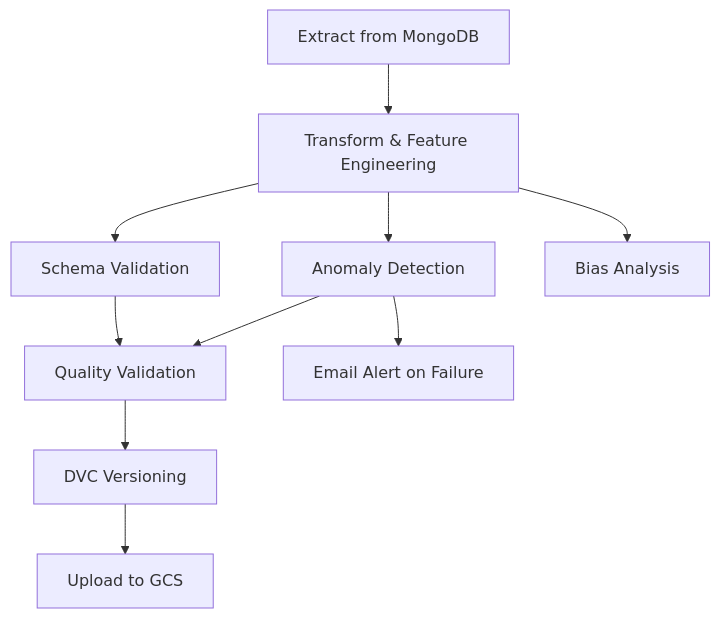
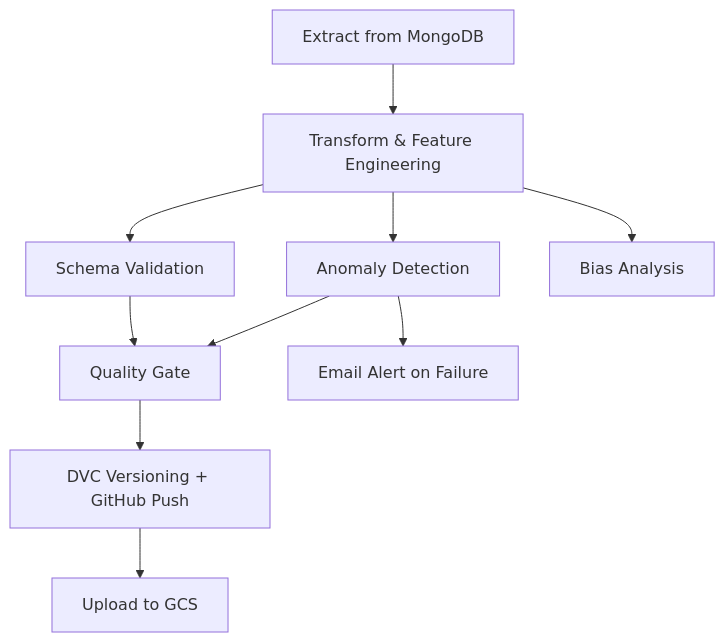
One commit to SanjanaB123/AI-based-Supply-Chain-Management changed the first of 2 diagrams in README.md. Above: the diagram before and after it, drawn with Mermaid. The commit also changed other lines of this file, not shown here.

````diff
--- a/README.md
+++ b/README.md
@@ -101,12 +144,12 @@
 ```mermaid
 graph TD
     A[Extract from MongoDB] --> B[Transform & Feature Engineering]
     B --> C[Schema Validation]
     B --> D[Anomaly Detection]
     B --> E[Bias Analysis]
-    C --> F[Quality Validation]
+    C --> F[Quality Gate]
     D --> F
-    F --> G[DVC Versioning]
+    F --> G[DVC Versioning + GitHub Push]
     G --> H[Upload to GCS]
     D --> I[Email Alert on Failure]
 ```
````
